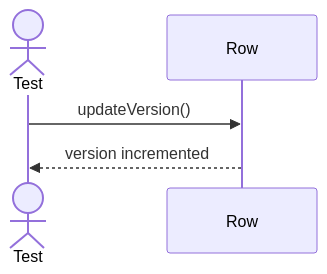
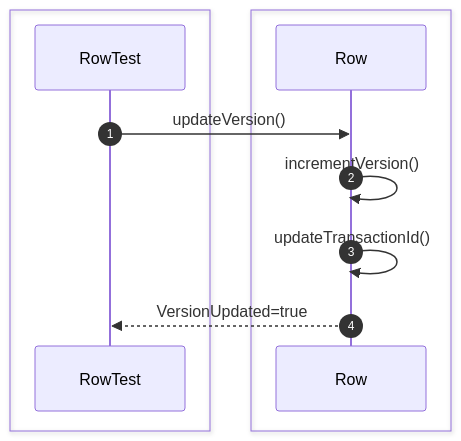
One commit to Huy1801214/dbms-architecture changed diagram 15 of 42 in src/sequence/db-object.md. Above: the diagram before and after it, drawn with Mermaid. The commit also changed other lines of this file, not shown here.

Commit message:
add sequence diagrams for database object unit tests

````diff
--- a/src/sequence/db-object.md
+++ b/src/sequence/db-object.md
@@ -172,8 +321,18 @@
 ```mermaid
 sequenceDiagram
-    actor Test
-    participant Row
+    autonumber
+    box #e1f5fe Test Suite
+    participant Test as RowTest
+    end
+    box #e8f5e9 Database Objects
+    participant Row as Row
+    end
 
     Test->>Row: updateVersion()
-    Row-->>Test: version incremented
+
+    Row->>Row: incrementVersion()
+
+    Row->>Row: updateTransactionId()
+
+    Row-->>Test: VersionUpdated=true
 ```
````
